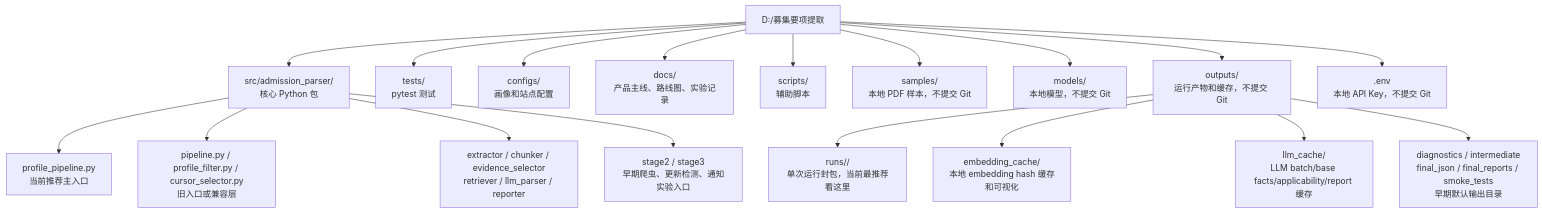
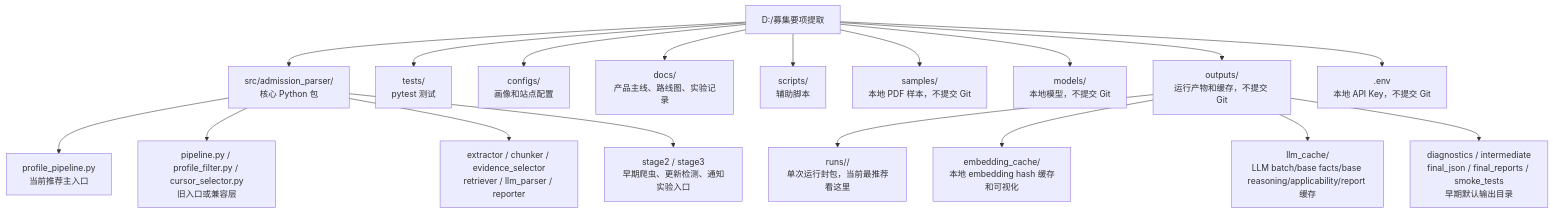
One commit to yasu-isct/flie-extract changed the first of 4 diagrams in docs/architecture.md. Above: the diagram before and after it, drawn with Mermaid. The commit also changed other lines of this file and 5 other files, not shown here.

Commit message:
Add base reasoning chains MVP

````diff
--- a/docs/architecture.md
+++ b/docs/architecture.md
@@ -7,24 +7,24 @@
 ```mermaid
 flowchart TB
     repo["D:/募集要项提取"]
 
     repo --> source["src/admission_parser/\n核心 Python 包"]
     repo --> tests["tests/\npytest 测试"]
     repo --> configs["configs/\n画像和站点配置"]
     repo --> docs["docs/\n产品主线、路线图、实验记录"]
     repo --> scripts["scripts/\n辅助脚本"]
     repo --> samples["samples/\n本地 PDF 样本，不提交 Git"]
     repo --> models["models/\n本地模型，不提交 Git"]
     repo --> outputs["outputs/\n运行产物和缓存，不提交 Git"]
     repo --> env[".env\n本地 API Key，不提交 Git"]
 
     source --> entry["profile_pipeline.py\n当前推荐主入口"]
     source --> legacy["pipeline.py / profile_filter.py / cursor_selector.py\n旧入口或兼容层"]
     source --> core["extractor / chunker / evidence_selector\nretriever / llm_parser / reporter"]
     source --> future["stage2 / stage3\n早期爬虫、更新检测、通知实验入口"]
 
     outputs --> runs["runs/<run_name>/\n单次运行封包，当前最推荐看这里"]
     outputs --> embedding["embedding_cache/\n本地 embedding hash 缓存和可视化"]
-    outputs --> llm["llm_cache/\nLLM batch/base facts/applicability/report 缓存"]
+    outputs --> llm["llm_cache/\nLLM batch/base facts/base reasoning/applicability/report 缓存"]
     outputs --> old_outputs["diagnostics / intermediate\nfinal_json / final_reports / smoke_tests\n早期默认输出目录"]
 ```
````
